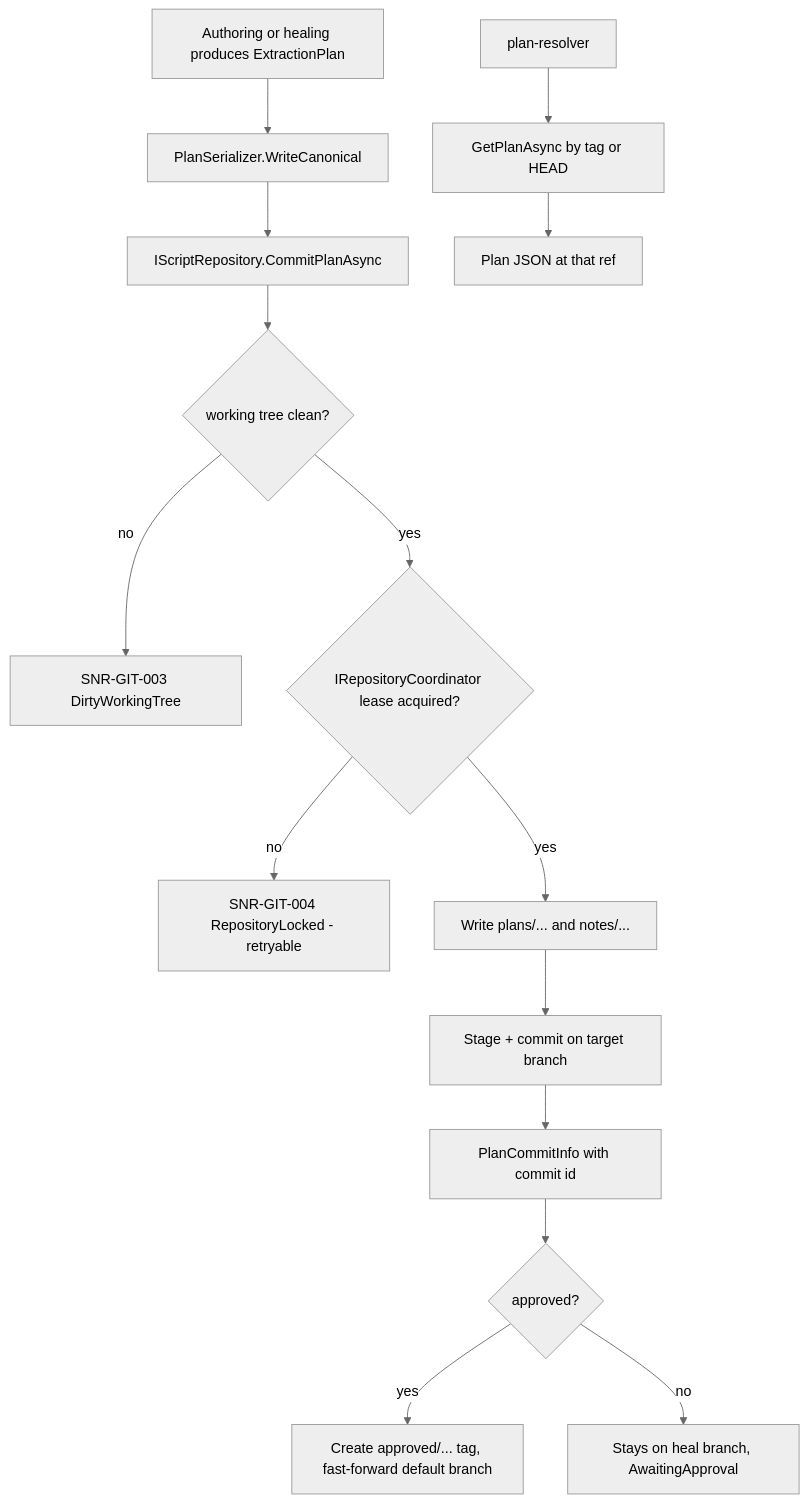
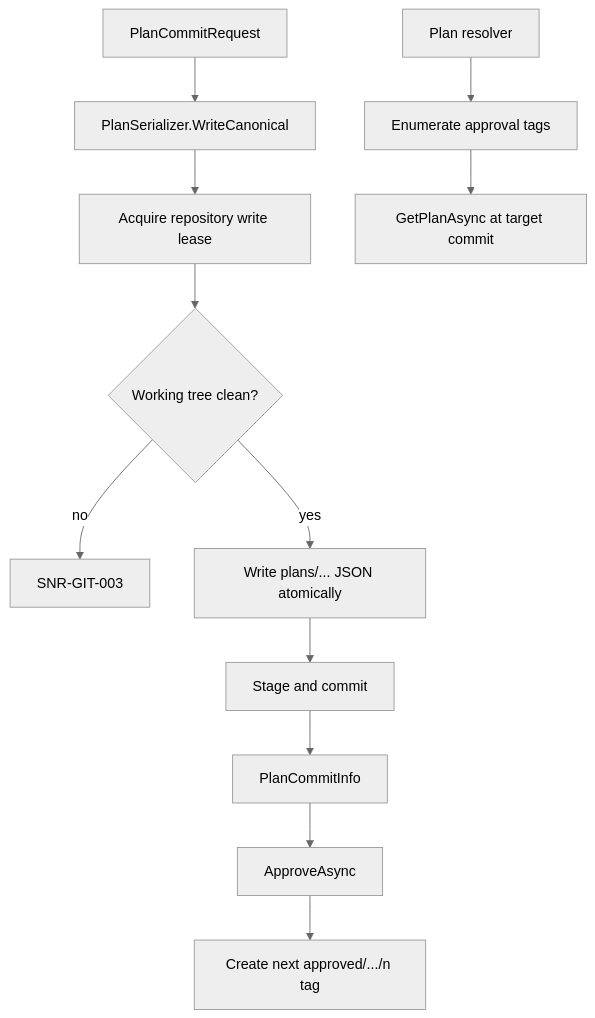
Before and after one commit to sommmen/Sanare: the diagram in docs/features/script-repository.md, drawn with Mermaid (neutral theme). The commit also changed other lines of this file and 31 other files, not shown here.

First line of the commit message:
feat(core): add Git-backed extraction plan storage

````diff
--- a/docs/features/script-repository.md
+++ b/docs/features/script-repository.md
@@ -86,17 +68,14 @@
 ```mermaid
 flowchart TD
-    A[Authoring or healing produces ExtractionPlan] --> B[PlanSerializer.WriteCanonical]
-    B --> C[IScriptRepository.CommitPlanAsync]
-    C --> D{working tree clean?}
-    D -- no --> E[SNR-GIT-003 DirtyWorkingTree]
-    D -- yes --> F{IRepositoryCoordinator lease acquired?}
-    F -- no --> G[SNR-GIT-004 RepositoryLocked - retryable]
-    F -- yes --> H[Write plans/... and notes/...]
-    H --> I[Stage + commit on target branch]
-    I --> J[PlanCommitInfo with commit id]
-    J --> K{approved?}
-    K -- yes --> L[Create approved/... tag, fast-forward default branch]
-    K -- no --> M[Stays on heal branch, AwaitingApproval]
-    N[plan-resolver] --> O[GetPlanAsync by tag or HEAD]
-    O --> P[Plan JSON at that ref]
+    A[PlanCommitRequest] --> B[PlanSerializer.WriteCanonical]
+    B --> C[Acquire repository write lease]
+    C --> D{Working tree clean?}
+    D -- no --> E[SNR-GIT-003]
+    D -- yes --> F[Write plans/... JSON atomically]
+    F --> G[Stage and commit]
+    G --> H[PlanCommitInfo]
+    H --> I[ApproveAsync]
+    I --> J[Create next approved/.../n tag]
+    K[Plan resolver] --> L[Enumerate approval tags]
+    L --> M[GetPlanAsync at target commit]
 ```
````
